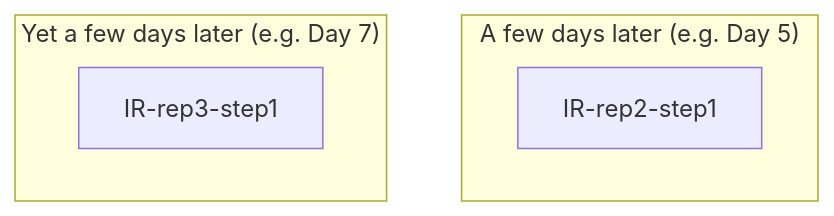
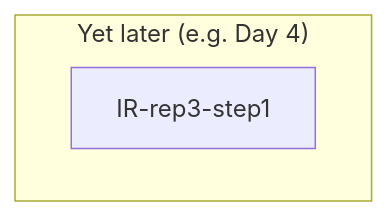
Before and after one commit to supermemo-wiki/SuperMemo.Wiki: the third of 3 diagrams in supermemo.md, drawn with Mermaid. The commit also changed other lines of this file, not shown here.

````diff
--- a/supermemo.md
+++ b/supermemo.md
@@ -45,12 +55,7 @@
 ```mermaid
 
 graph TB
-  subgraph "A few days later (e.g. Day 5)"
-    IR-rep2-step1
-  end
-  
-  subgraph "Yet a few days later (e.g. Day 7)"
+  subgraph "Yet later (e.g. Day 4)"
     IR-rep3-step1
-  
   end
 ```
````
